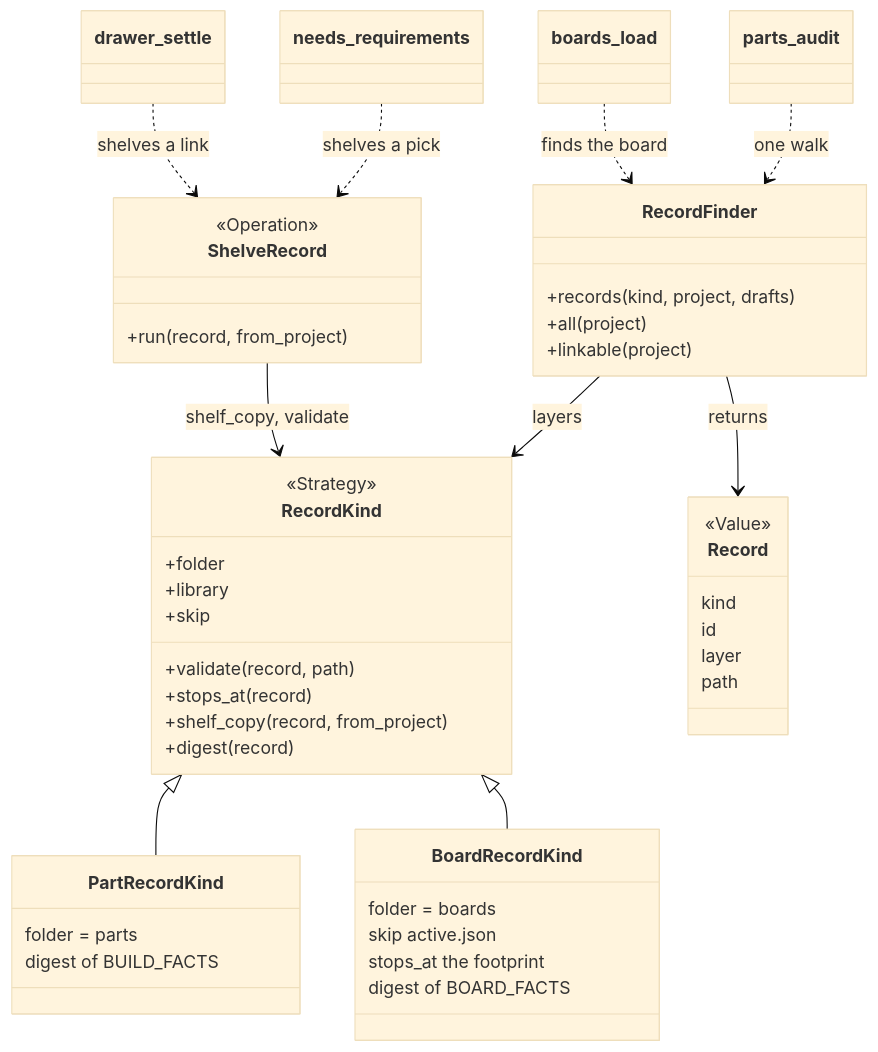
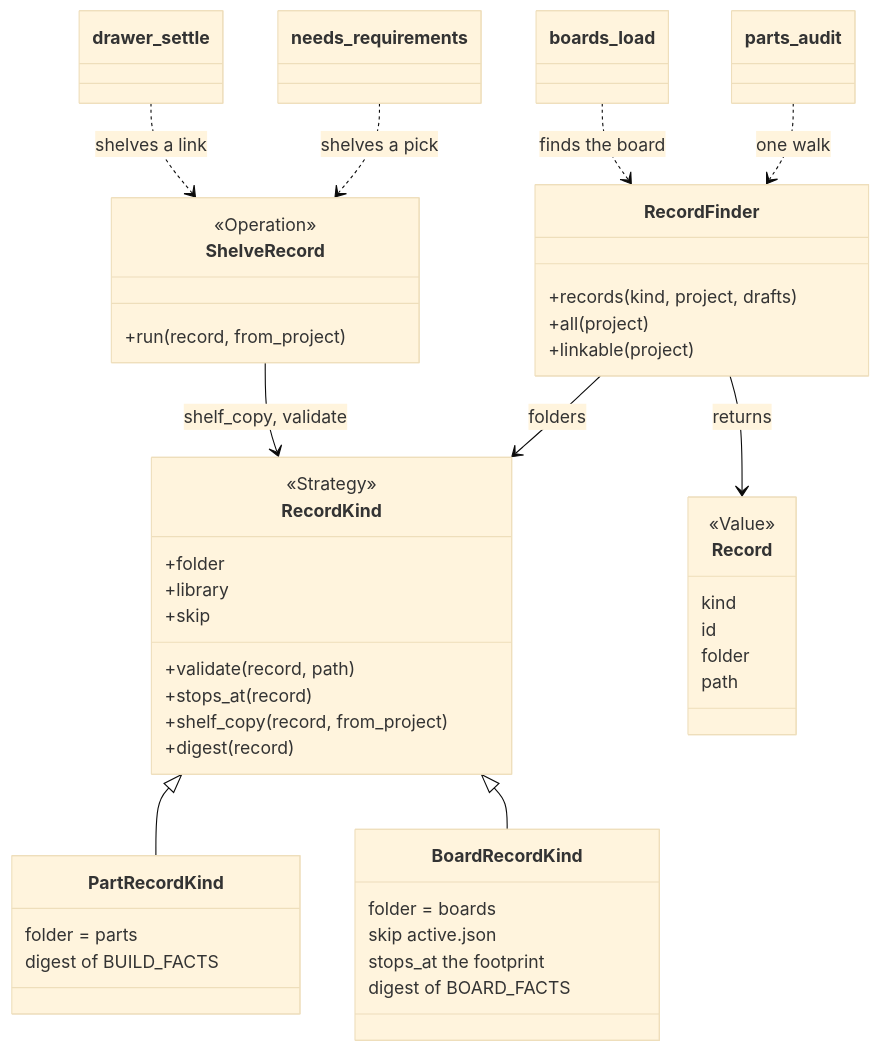
Before and after one commit to xmejkal/spark: the first of 2 diagrams in docs/discovery/2026-10-22-p391-boards-as-modules/design.md, drawn with Mermaid (base theme). The commit also changed other lines of this file and 13 other files, not shown here.

````diff
--- a/docs/discovery/2026-10-22-p391-boards-as-modules/design.md
+++ b/docs/discovery/2026-10-22-p391-boards-as-modules/design.md
@@ -81,52 +81,52 @@
 ```mermaid
 classDiagram
   class RecordKind {
     <<Strategy>>
     +folder
     +library
     +skip
     +validate(record, path)
     +stops_at(record)
     +shelf_copy(record, from_project)
     +digest(record)
   }
   class PartRecordKind {
     folder = parts
     digest of BUILD_FACTS
   }
   class BoardRecordKind {
     folder = boards
     skip active.json
     stops_at the footprint
     digest of BOARD_FACTS
   }
   RecordKind <|-- PartRecordKind
   RecordKind <|-- BoardRecordKind
   class Record {
     <<Value>>
     kind
     id
-    layer
+    folder
     path
   }
   class RecordFinder {
     +records(kind, project, drafts)
     +all(project)
     +linkable(project)
   }
   class ShelveRecord {
     <<Operation>>
     +run(record, from_project)
   }
-  RecordFinder --> RecordKind : layers
+  RecordFinder --> RecordKind : folders
   RecordFinder --> Record : returns
   ShelveRecord --> RecordKind : shelf_copy, validate
   class needs_requirements
   class drawer_settle
   class parts_audit
   class boards_load
   needs_requirements ..> ShelveRecord : shelves a pick
   drawer_settle ..> ShelveRecord : shelves a link
   parts_audit ..> RecordFinder : one walk
   boards_load ..> RecordFinder : finds the board
 ```
````
